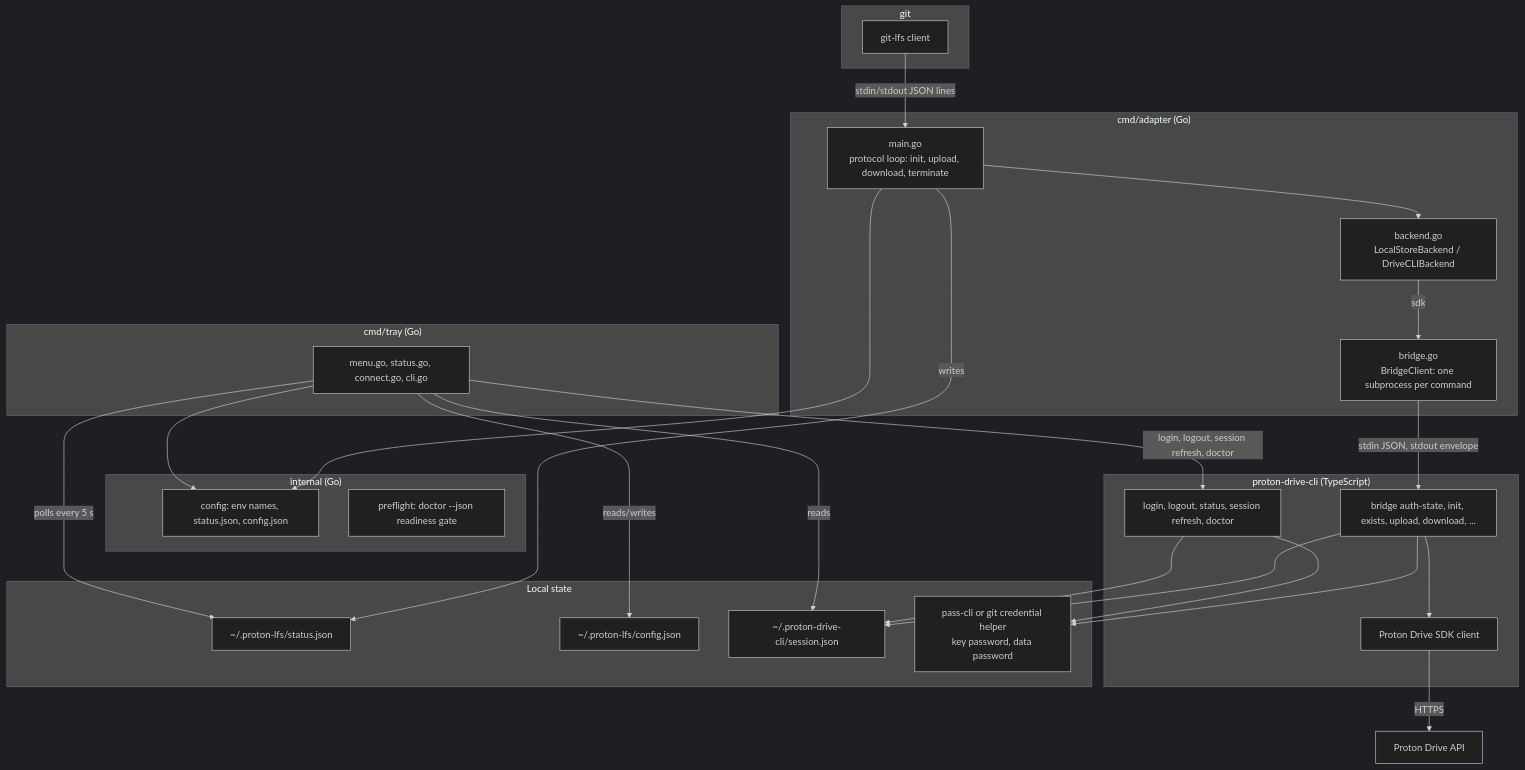
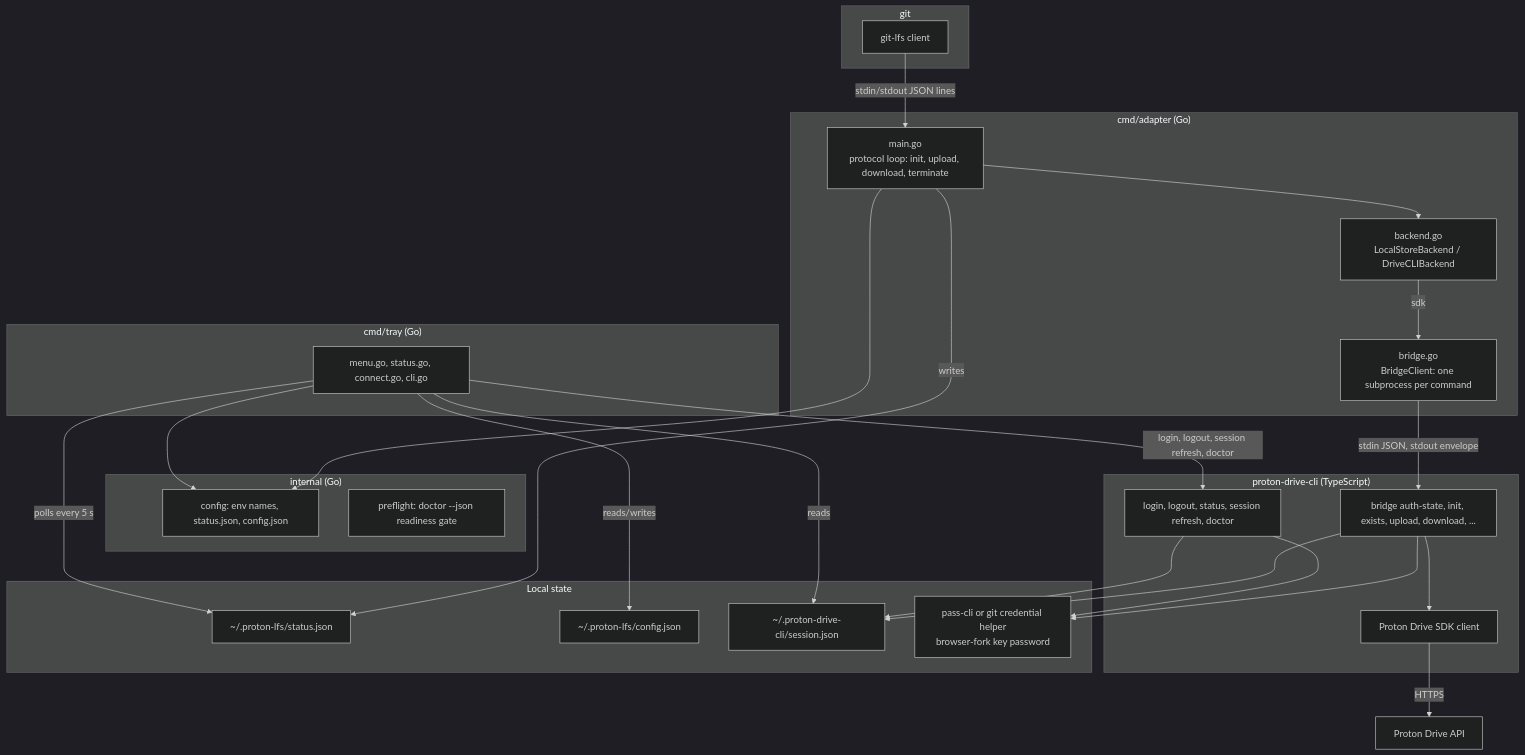
One commit to SevenOfNine-labs/proton-lfs-cli changed the first of 5 diagrams in docs/architecture/architecture.md. Above: the diagram before and after it, drawn with Mermaid (dark theme). The commit also changed other lines of this file and 107 other files, not shown here.

````diff
--- a/docs/architecture/architecture.md
+++ b/docs/architecture/architecture.md
@@ -13,52 +13,52 @@
 ```mermaid
 graph TB
     subgraph "git"
         Git[git-lfs client]
     end
 
     subgraph "cmd/adapter (Go)"
         Main[main.go<br/>protocol loop: init, upload, download, terminate]
         Backend[backend.go<br/>LocalStoreBackend / DriveCLIBackend]
         Bridge[bridge.go<br/>BridgeClient: one subprocess per command]
     end
 
     subgraph "cmd/tray (Go)"
         Tray[menu.go, status.go, connect.go, cli.go]
     end
 
     subgraph "internal (Go)"
         Config[config: env names, status.json, config.json]
         Preflight[preflight: doctor --json readiness gate]
     end
 
     subgraph "proton-drive-cli (TypeScript)"
         CLI[login, logout, status, session refresh, doctor]
         BridgeCmd[bridge auth-state, init, exists, upload, download, ...]
         SDK[Proton Drive SDK client]
     end
 
     subgraph "Local state"
         Status[~/.proton-lfs/status.json]
         Prefs[~/.proton-lfs/config.json]
         Session[~/.proton-drive-cli/session.json]
-        Providers[pass-cli or git credential helper<br/>key password, data password]
+        Providers[pass-cli or git credential helper<br/>browser-fork key password]
     end
 
     Git -->|stdin/stdout JSON lines| Main
     Main --> Backend
     Backend -->|sdk| Bridge
     Bridge -->|stdin JSON, stdout envelope| BridgeCmd
     BridgeCmd --> SDK
     SDK -->|HTTPS| Proton[Proton Drive API]
     BridgeCmd --> Session
     BridgeCmd --> Providers
     Main -->|writes| Status
     Tray -->|polls every 5 s| Status
     Tray -->|reads/writes| Prefs
     Tray -->|reads| Session
     Tray -->|login, logout, session refresh, doctor| CLI
     CLI --> Session
     CLI --> Providers
     Main --> Config
     Tray --> Config
 ```
````
